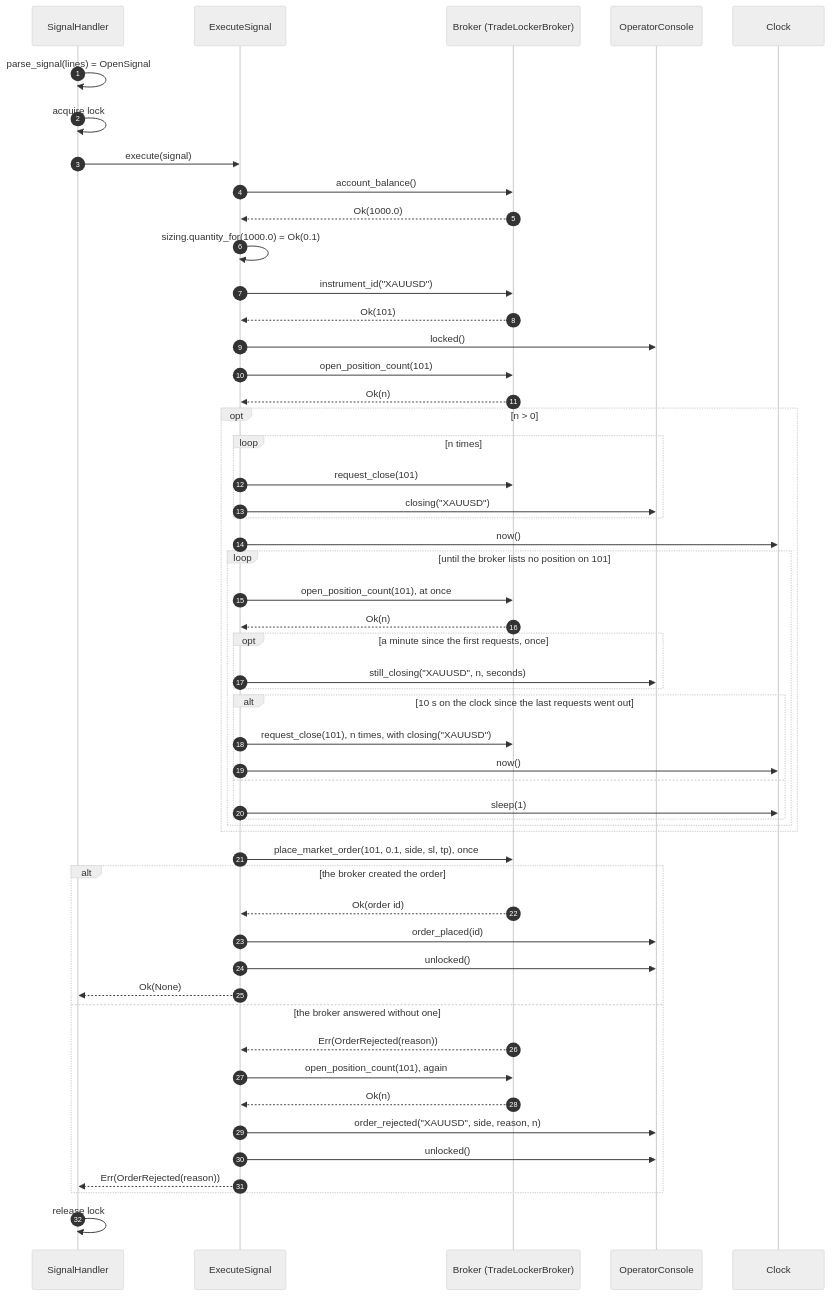
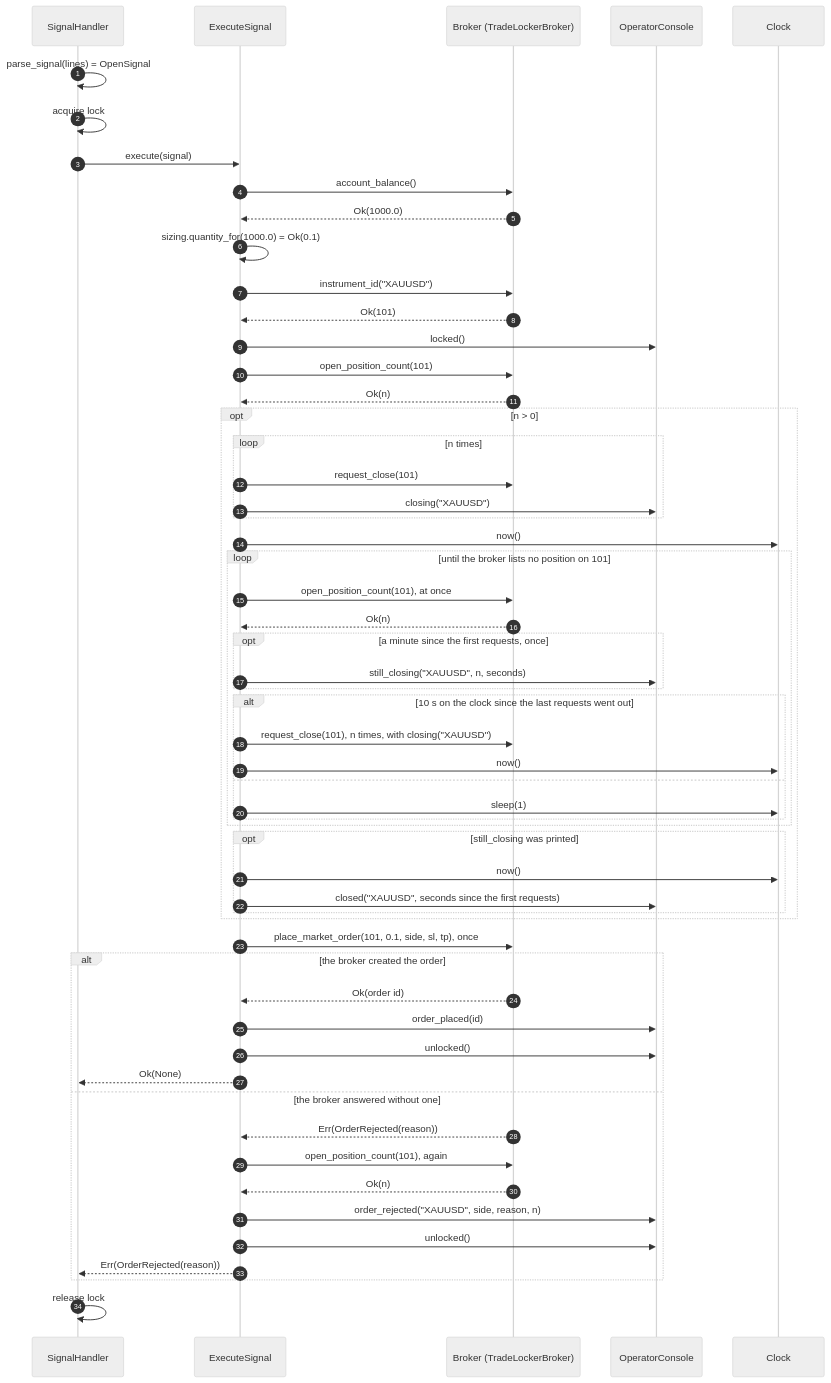
One commit to Akinzou/TradeLockerBot changed the fourth of 6 diagrams in docs/architecture.md. Above: the diagram before and after it, drawn with Mermaid (neutral theme). The commit also changed other lines of this file and 5 other files, not shown here.

````diff
--- a/docs/architecture.md
+++ b/docs/architecture.md
@@ -189,55 +192,59 @@
 ```mermaid
 sequenceDiagram
     autonumber
     participant H as SignalHandler
     participant UC as ExecuteSignal
     participant B as Broker (TradeLockerBroker)
     participant C as OperatorConsole
     participant K as Clock
     H->>H: parse_signal(lines) = OpenSignal
     H->>H: acquire lock
     H->>UC: execute(signal)
     UC->>B: account_balance()
     B-->>UC: Ok(1000.0)
     UC->>UC: sizing.quantity_for(1000.0) = Ok(0.1)
     UC->>B: instrument_id("XAUUSD")
     B-->>UC: Ok(101)
     UC->>C: locked()
     UC->>B: open_position_count(101)
     B-->>UC: Ok(n)
     opt n > 0
         loop n times
             UC->>B: request_close(101)
             UC->>C: closing("XAUUSD")
         end
         UC->>K: now()
         loop until the broker lists no position on 101
             UC->>B: open_position_count(101), at once
             B-->>UC: Ok(n)
             opt a minute since the first requests, once
                 UC->>C: still_closing("XAUUSD", n, seconds)
             end
             alt 10 s on the clock since the last requests went out
                 UC->>B: request_close(101), n times, with closing("XAUUSD")
                 UC->>K: now()
             else
                 UC->>K: sleep(1)
             end
         end
+        opt still_closing was printed
+            UC->>K: now()
+            UC->>C: closed("XAUUSD", seconds since the first requests)
+        end
     end
     UC->>B: place_market_order(101, 0.1, side, sl, tp), once
     alt the broker created the order
         B-->>UC: Ok(order id)
         UC->>C: order_placed(id)
         UC->>C: unlocked()
         UC-->>H: Ok(None)
     else the broker answered without one
         B-->>UC: Err(OrderRejected(reason))
         UC->>B: open_position_count(101), again
         B-->>UC: Ok(n)
         UC->>C: order_rejected("XAUUSD", side, reason, n)
         UC->>C: unlocked()
         UC-->>H: Err(OrderRejected(reason))
     end
     H->>H: release lock
 ```
````
